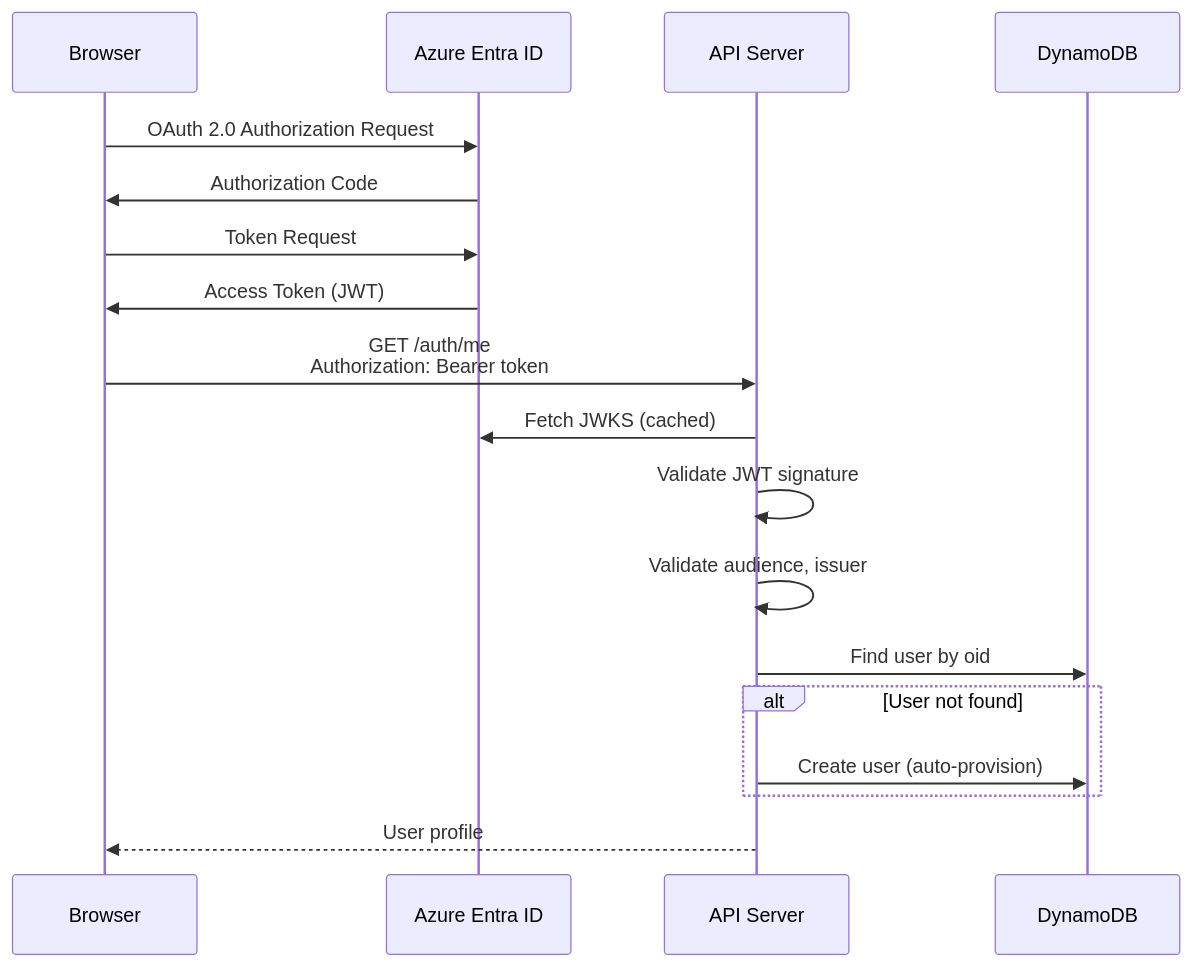
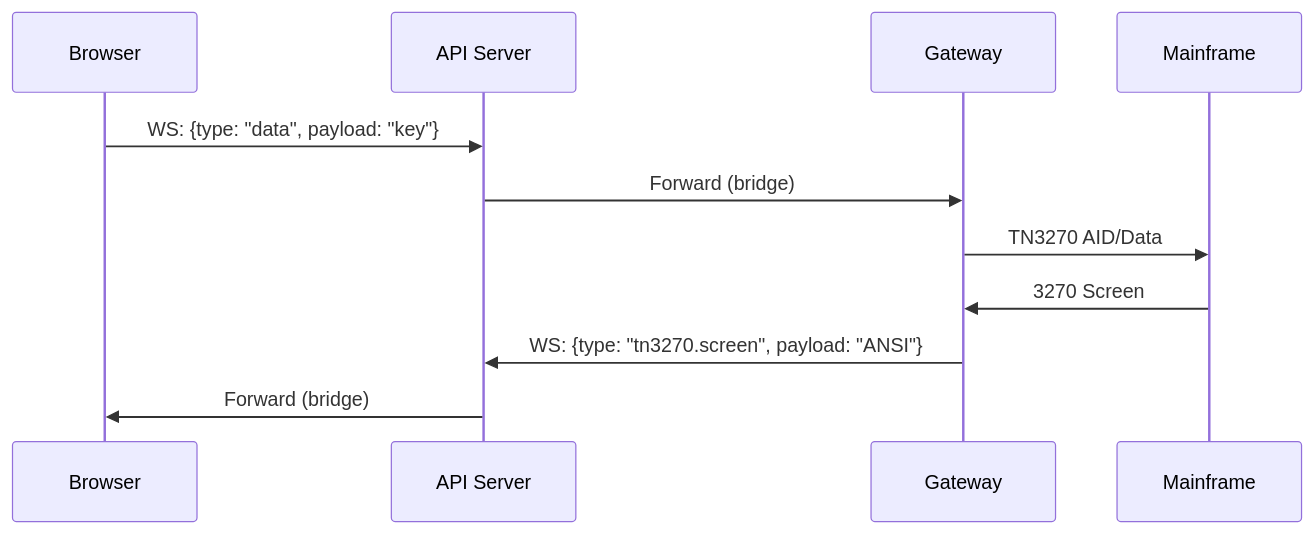
Before and after one commit to gurungabit/iast: the second of 4 diagrams in docs/ARCHITECTURE.md, drawn with Mermaid. The commit also changed other lines of this file and 33 other files, not shown here.

````diff
--- a/docs/ARCHITECTURE.md
+++ b/docs/ARCHITECTURE.md
@@ -318,24 +183,14 @@
 ```mermaid
 sequenceDiagram
     participant B as Browser
-    participant E as Azure Entra ID
     participant A as API Server
-    participant D as DynamoDB
-
-    B->>E: OAuth 2.0 Authorization Request
-    E->>B: Authorization Code
-    B->>E: Token Request
-    E->>B: Access Token (JWT)
+    participant G as Gateway
+    participant M as Mainframe
     
-    B->>A: GET /auth/me<br/>Authorization: Bearer token
-    A->>E: Fetch JWKS (cached)
-    A->>A: Validate JWT signature
-    A->>A: Validate audience, issuer
-    A->>D: Find user by oid
-    
-    alt User not found
-        A->>D: Create user (auto-provision)
-    end
-    
-    A-->>B: User profile
+    B->>A: WS: {type: "data", payload: "key"}
+    A->>G: Forward (bridge)
+    G->>M: TN3270 AID/Data
+    M->>G: 3270 Screen
+    G->>A: WS: {type: "tn3270.screen", payload: "ANSI"}
+    A->>B: Forward (bridge)
 ```
````
